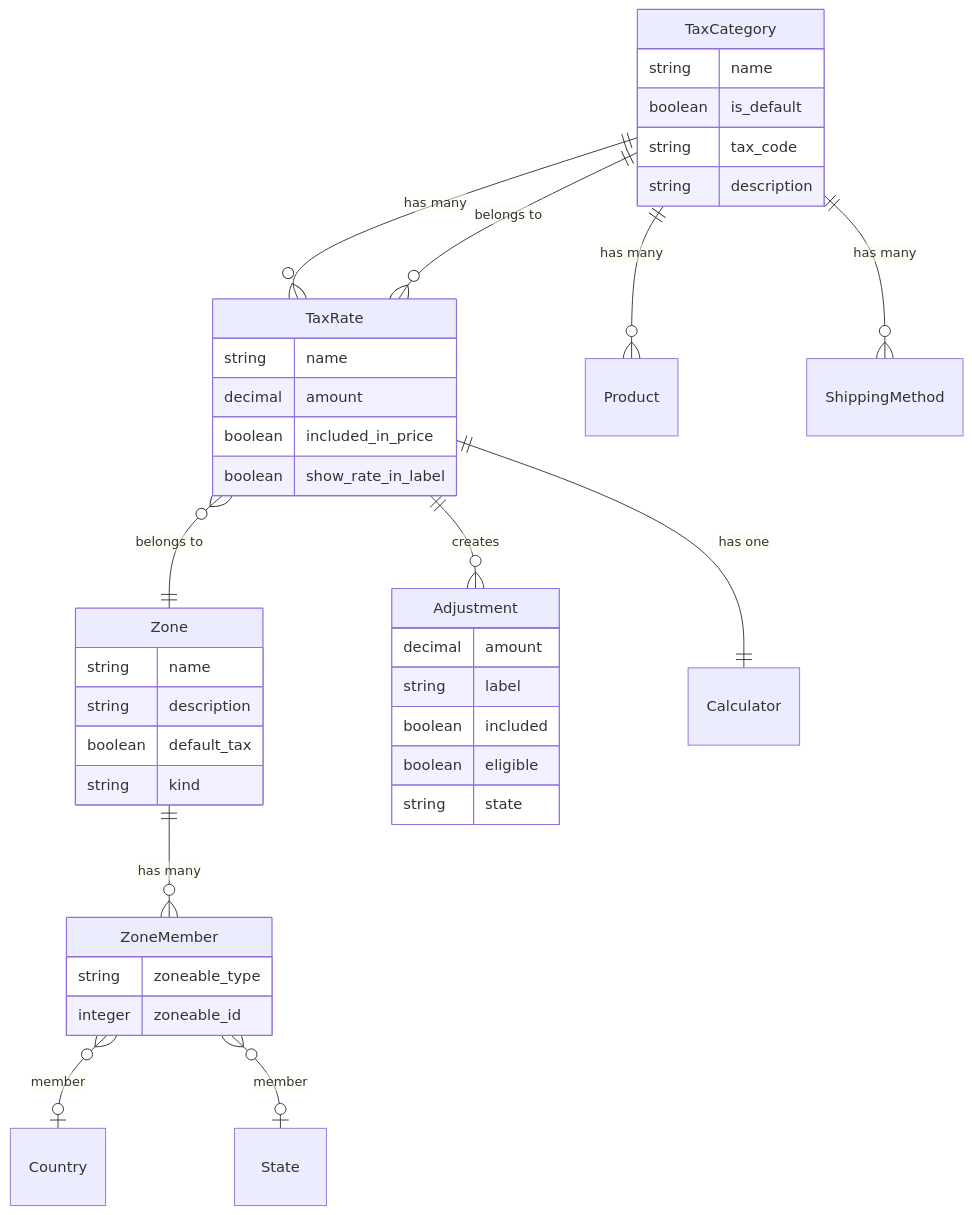
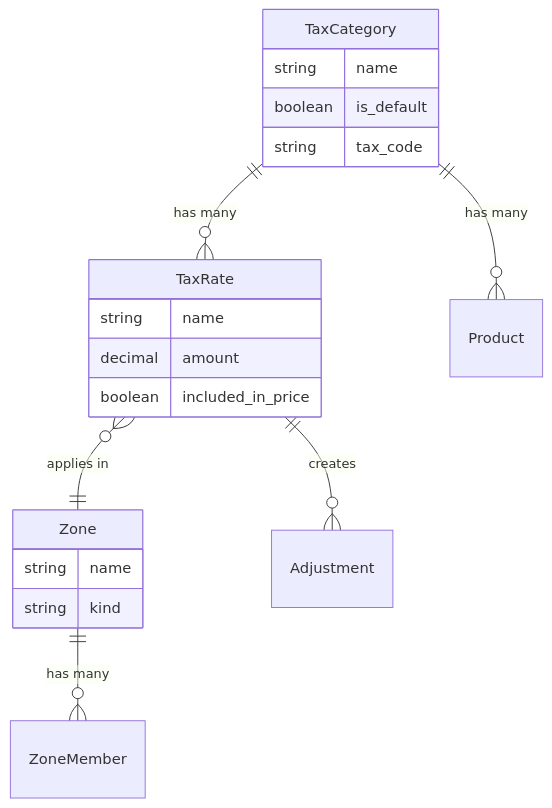
The diagram in docs/developer/core-concepts/taxes.mdx (spree/spree), drawn with Mermaid before and after one commit. The commit also changed other lines of this file and 21 other files, not shown here.

````diff
--- a/docs/developer/core-concepts/taxes.mdx
+++ b/docs/developer/core-concepts/taxes.mdx
@@ -12,47 +10,25 @@
 ```mermaid
 erDiagram
+    TaxCategory ||--o{ TaxRate : "has many"
+    TaxCategory ||--o{ Product : "has many"
+    TaxRate }o--|| Zone : "applies in"
+    TaxRate ||--o{ Adjustment : "creates"
+    Zone ||--o{ ZoneMember : "has many"
+
     TaxCategory {
         string name
         boolean is_default
         string tax_code
-        string description
     }
 
     TaxRate {
         string name
         decimal amount
         boolean included_in_price
-        boolean show_rate_in_label
     }
 
     Zone {
         string name
-        string description
-        boolean default_tax
         string kind
     }
-
-    ZoneMember {
-        string zoneable_type
-        integer zoneable_id
-    }
-
-    Adjustment {
-        decimal amount
-        string label
-        boolean included
-        boolean eligible
-        string state
-    }
-
-    TaxCategory ||--o{ TaxRate : "has many"
-    TaxCategory ||--o{ Product : "has many"
-    TaxCategory ||--o{ ShippingMethod : "has many"
-    TaxRate }o--|| Zone : "belongs to"
-    TaxRate }o--|| TaxCategory : "belongs to"
-    TaxRate ||--|| Calculator : "has one"
-    TaxRate ||--o{ Adjustment : "creates"
-    Zone ||--o{ ZoneMember : "has many"
-    ZoneMember }o--o| Country : "member"
-    ZoneMember }o--o| State : "member"
 ```
````
